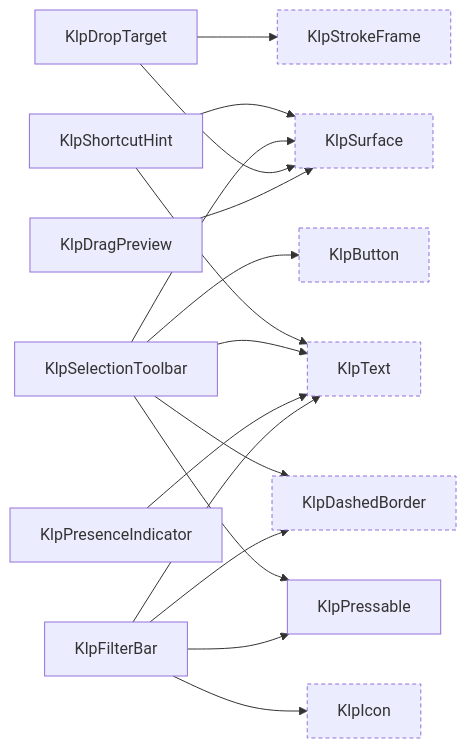
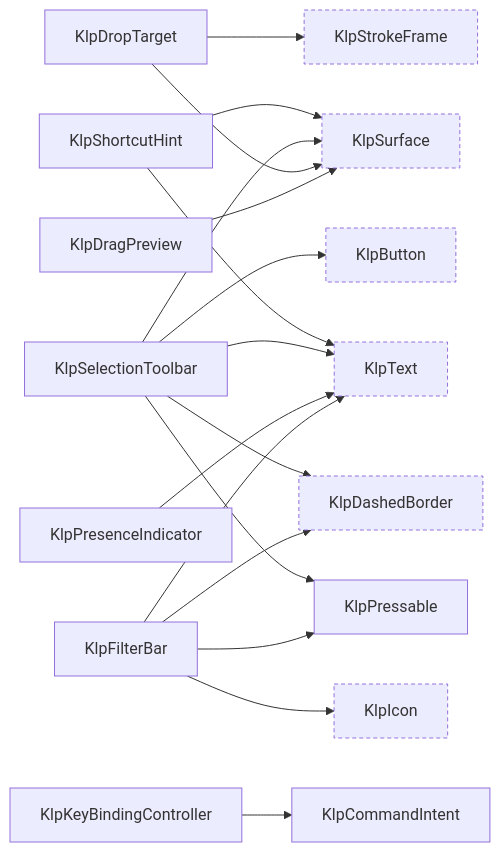
Before and after one commit to MiuDog/Kallopis: the sixth of 18 diagrams in spec/component-inventory.md, drawn with Mermaid. The commit also changed other lines of this file and 1105 other files, not shown here.

Commit message:
refactor: establish semantic design architecture

````diff
--- a/spec/component-inventory.md
+++ b/spec/component-inventory.md
@@ -304,32 +321,35 @@
 ```mermaid
 graph LR
   KlpButton["KlpButton"]:::external
+  KlpCommandIntent["KlpCommandIntent"]
   KlpDashedBorder["KlpDashedBorder"]:::external
   KlpDragPreview["KlpDragPreview"]
   KlpDropTarget["KlpDropTarget"]
   KlpFilterBar["KlpFilterBar"]
   KlpIcon["KlpIcon"]:::external
+  KlpKeyBindingController["KlpKeyBindingController"]
   KlpPresenceIndicator["KlpPresenceIndicator"]
   KlpPressable["KlpPressable"]
   KlpSelectionToolbar["KlpSelectionToolbar"]
   KlpShortcutHint["KlpShortcutHint"]
   KlpStrokeFrame["KlpStrokeFrame"]:::external
   KlpSurface["KlpSurface"]:::external
   KlpText["KlpText"]:::external
   KlpDragPreview --> KlpSurface
   KlpDropTarget --> KlpStrokeFrame
   KlpDropTarget --> KlpSurface
   KlpFilterBar --> KlpDashedBorder
   KlpFilterBar --> KlpIcon
   KlpFilterBar --> KlpPressable
   KlpFilterBar --> KlpText
+  KlpKeyBindingController --> KlpCommandIntent
   KlpPresenceIndicator --> KlpText
   KlpSelectionToolbar --> KlpButton
   KlpSelectionToolbar --> KlpDashedBorder
   KlpSelectionToolbar --> KlpPressable
   KlpSelectionToolbar --> KlpSurface
   KlpSelectionToolbar --> KlpText
   KlpShortcutHint --> KlpSurface
   KlpShortcutHint --> KlpText
   classDef external stroke-dasharray: 4 3;
 ```
````
